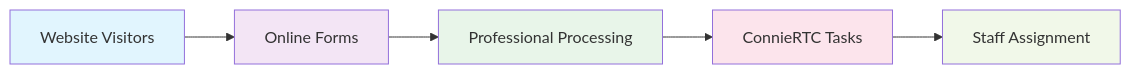
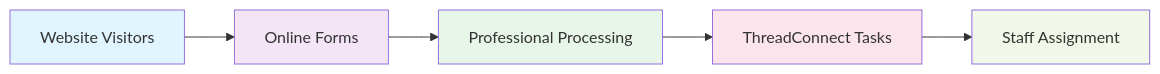
The diagram in docs/end-users/administrators/channels/web/index.md (ConnieML/docs.connie), drawn with Mermaid before and after one commit. The commit also changed other lines of this file and 129 other files, not shown here.

First line of the commit message:
Rebrand ConnieRTC -> ThreadConnect across docs (CEO approval 2026-10-30, round 2)

````diff
--- a/docs/end-users/administrators/channels/web/index.md
+++ b/docs/end-users/administrators/channels/web/index.md
@@ -22,13 +22,13 @@
 ```mermaid
 flowchart LR
     A[Website Visitors] --> B[Online Forms]
     B --> C[Professional Processing]
-    C --> D[ConnieRTC Tasks]
+    C --> D[ThreadConnect Tasks]
     D --> E[Staff Assignment]
     
     style A fill:#e1f5fe
     style B fill:#f3e5f5
     style C fill:#e8f5e9
     style D fill:#fce4ec
     style E fill:#f1f8e9
 ```
````
